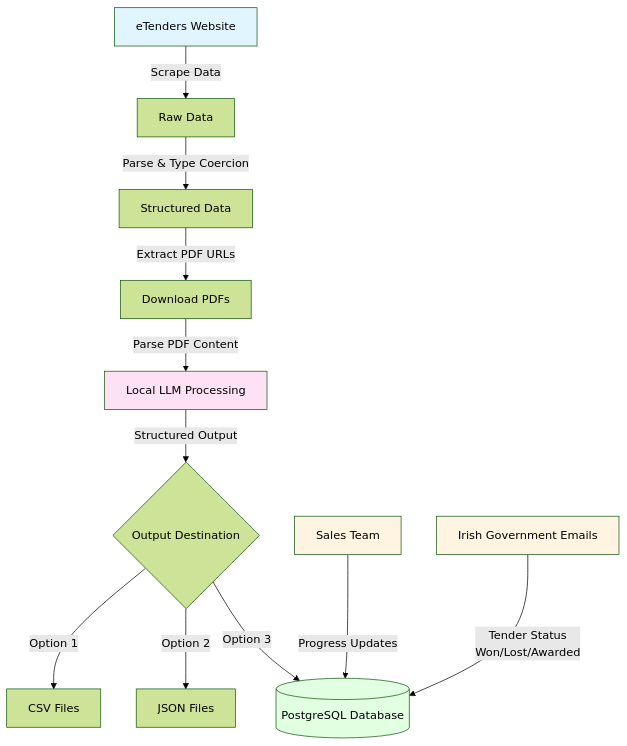
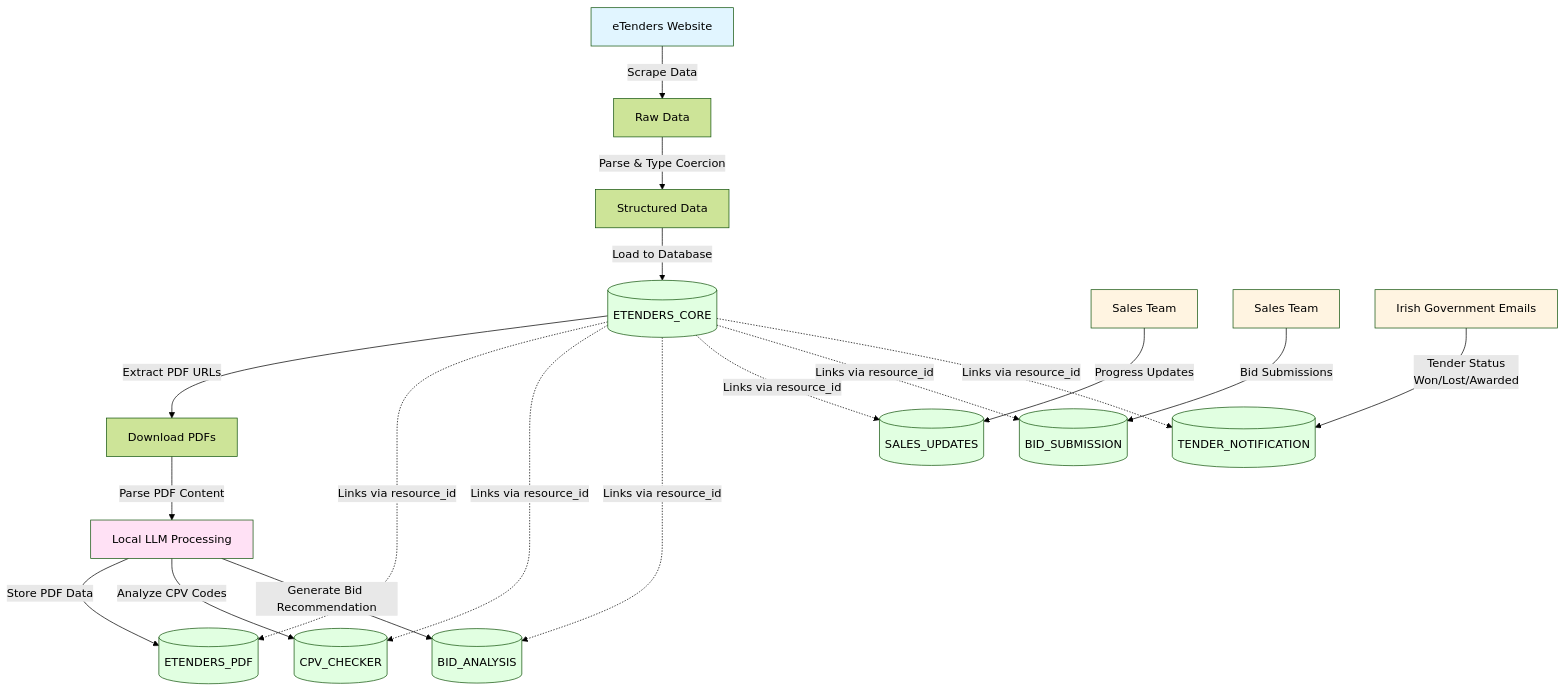
Before and after one commit to robertsweetman/module_4: the diagram in mdbook/src/4_poc.md, drawn with Mermaid (forest theme). The commit also changed other lines of this file and 22 other files, not shown here.

````diff
--- a/mdbook/src/4_poc.md
+++ b/mdbook/src/4_poc.md
@@ -23,21 +19,35 @@
 ```mermaid
 flowchart TD
     A[eTenders Website] -->|Scrape Data| B[Raw Data]
     B -->|Parse & Type Coercion| C[Structured Data]
-    C -->|Extract PDF URLs| D[Download PDFs]
-    D -->|Parse PDF Content| E[Local LLM Processing]
-    E -->|Structured Output| F{Output Destination}
+    C -->|Load to Database| D[(ETENDERS_CORE)]
+    D -->|Extract PDF URLs| E[Download PDFs]
+    E -->|Parse PDF Content| F[Local LLM Processing]
+    F -->|Store PDF Data| G[(ETENDERS_PDF)]
+    F -->|Analyze CPV Codes| H[(CPV_CHECKER)]
+    F -->|Generate Bid Recommendation| I[(BID_ANALYSIS)]
     
-    F -->|Option 1| G[CSV Files]
-    F -->|Option 2| H[JSON Files]
-    F -->|Option 3| I[(PostgreSQL Database)]
+    J[Sales Team] -->|Progress Updates| K[(SALES_UPDATES)]
+    L[Sales Team] -->|Bid Submissions| M[(BID_SUBMISSION)]
+    N[Irish Government Emails] -->|Tender Status<br/>Won/Lost/Awarded| O[(TENDER_NOTIFICATION)]
     
-    J[Sales Team] -->|Progress Updates| I
-    K[Irish Government Emails] -->|Tender Status<br/>Won/Lost/Awarded| I
+    D -.->|Links via resource_id| G
+    D -.->|Links via resource_id| H
+    D -.->|Links via resource_id| I
+    D -.->|Links via resource_id| K
+    D -.->|Links via resource_id| M
+    D -.->|Links via resource_id| O
     
     style A fill:#e1f5ff
-    style E fill:#ffe1f5
+    style F fill:#ffe1f5
+    style D fill:#e1ffe1
+    style G fill:#e1ffe1
+    style H fill:#e1ffe1
     style I fill:#e1ffe1
+    style K fill:#e1ffe1
+    style M fill:#e1ffe1
+    style O fill:#e1ffe1
     style J fill:#fff4e1
-    style K fill:#fff4e1
+    style L fill:#fff4e1
+    style N fill:#fff4e1
 ```
````
